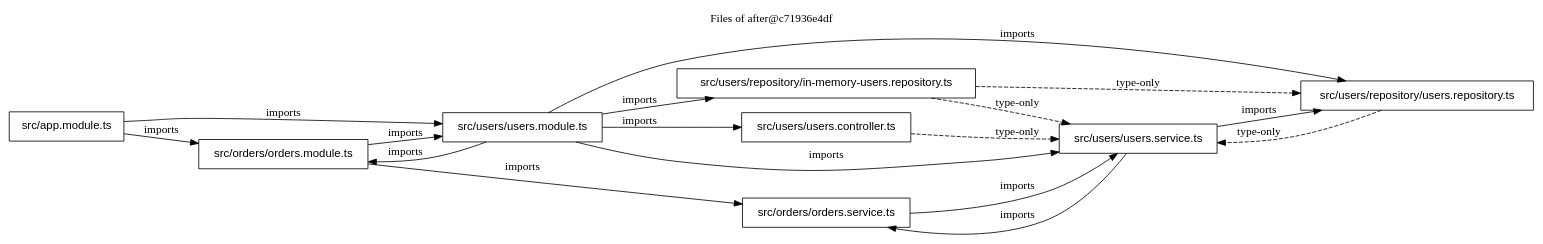
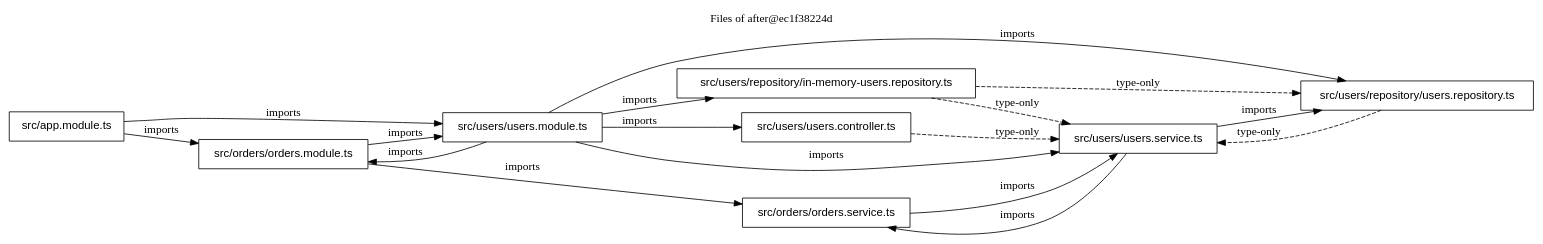
Before and after one commit to FullFran/archsieve: the diagram in examples/nest-shop/files-after.dot, drawn with Graphviz. The commit also changed 30 other files, not shown here.

```diff
--- a/examples/nest-shop/files-after.dot
+++ b/examples/nest-shop/files-after.dot
@@ -1,29 +1,29 @@
 digraph archsieve {
   rankdir=LR;
   node [shape=box, fontname="Helvetica"];
-  label="Files of after@c71936e4df"; labelloc=t;
+  label="Files of after@ec1f38224d"; labelloc=t;
   "src/app.module.ts" [label="src/app.module.ts"];
   "src/orders/orders.module.ts" [label="src/orders/orders.module.ts"];
   "src/orders/orders.service.ts" [label="src/orders/orders.service.ts"];
   "src/users/repository/in-memory-users.repository.ts" [label="src/users/repository/in-memory-users.repository.ts"];
   "src/users/repository/users.repository.ts" [label="src/users/repository/users.repository.ts"];
   "src/users/users.controller.ts" [label="src/users/users.controller.ts"];
   "src/users/users.module.ts" [label="src/users/users.module.ts"];
   "src/users/users.service.ts" [label="src/users/users.service.ts"];
   "src/app.module.ts" -> "src/orders/orders.module.ts" [label="imports"];
   "src/app.module.ts" -> "src/users/users.module.ts" [label="imports"];
   "src/orders/orders.module.ts" -> "src/orders/orders.service.ts" [label="imports"];
   "src/orders/orders.module.ts" -> "src/users/users.module.ts" [label="imports"];
   "src/orders/orders.service.ts" -> "src/users/users.service.ts" [label="imports"];
   "src/users/repository/in-memory-users.repository.ts" -> "src/users/repository/users.repository.ts" [style=dashed, label="type-only"];
   "src/users/repository/in-memory-users.repository.ts" -> "src/users/users.service.ts" [style=dashed, label="type-only"];
   "src/users/repository/users.repository.ts" -> "src/users/users.service.ts" [style=dashed, label="type-only"];
   "src/users/users.controller.ts" -> "src/users/users.service.ts" [style=dashed, label="type-only"];
   "src/users/users.module.ts" -> "src/orders/orders.module.ts" [label="imports"];
   "src/users/users.module.ts" -> "src/users/repository/in-memory-users.repository.ts" [label="imports"];
   "src/users/users.module.ts" -> "src/users/repository/users.repository.ts" [label="imports"];
   "src/users/users.module.ts" -> "src/users/users.controller.ts" [label="imports"];
   "src/users/users.module.ts" -> "src/users/users.service.ts" [label="imports"];
   "src/users/users.service.ts" -> "src/orders/orders.service.ts" [label="imports"];
   "src/users/users.service.ts" -> "src/users/repository/users.repository.ts" [label="imports"];
 }
```
